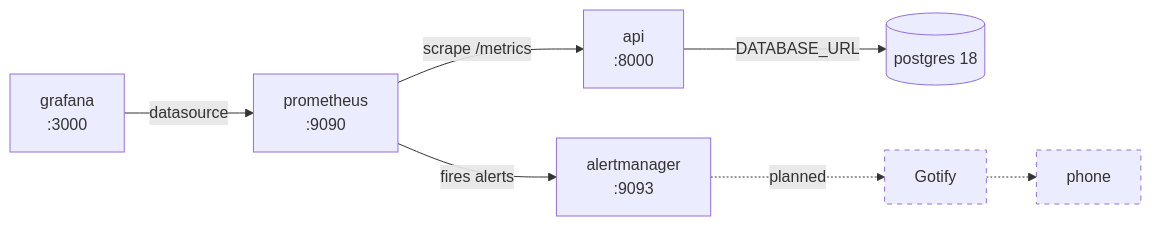
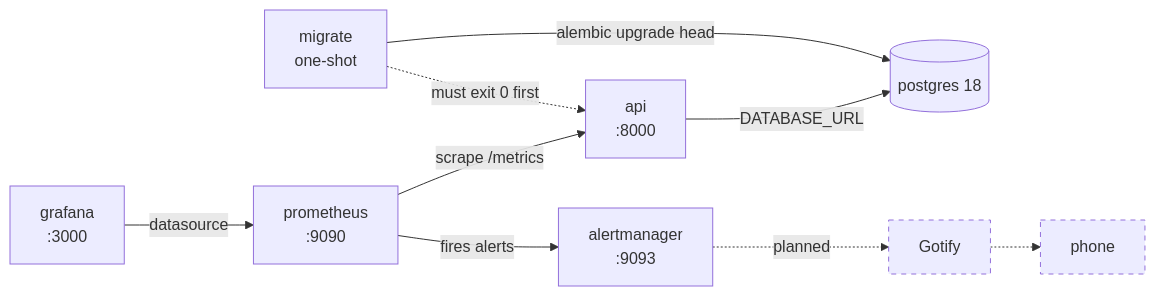
The second of 3 diagrams in README.md (hennifant/devops-lab), drawn with Mermaid before and after one commit. The commit also changed other lines of this file and 30 other files, not shown here.

````diff
--- a/README.md
+++ b/README.md
@@ -47,19 +50,22 @@
 ```mermaid
 flowchart LR
     api["api<br/>:8000"]
+    migrate["migrate<br/>one-shot"]
     db[("postgres 18")]
     prom["prometheus<br/>:9090"]
     am["alertmanager<br/>:9093"]
     graf["grafana<br/>:3000"]
     gotify["Gotify"]
     phone["phone"]
 
+    migrate -->|"alembic upgrade head"| db
+    migrate -.->|"must exit 0 first"| api
     api -->|DATABASE_URL| db
     prom -->|"scrape /metrics"| api
     prom -->|"fires alerts"| am
     graf -->|datasource| prom
     am -.->|planned| gotify -.-> phone
 
     style gotify stroke-dasharray: 5 5
     style phone stroke-dasharray: 5 5
 ```
````
